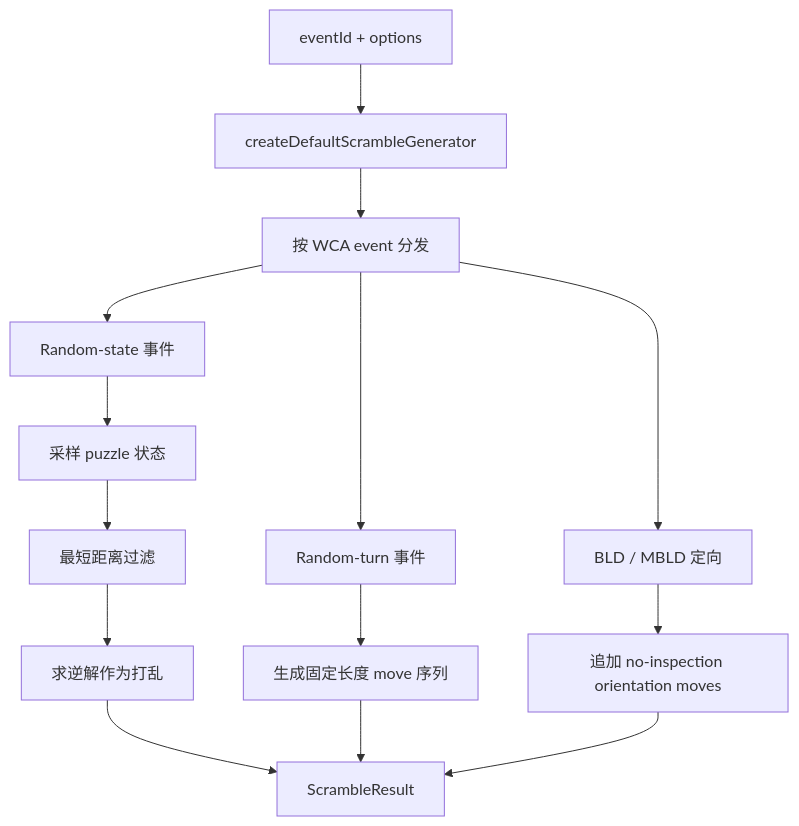
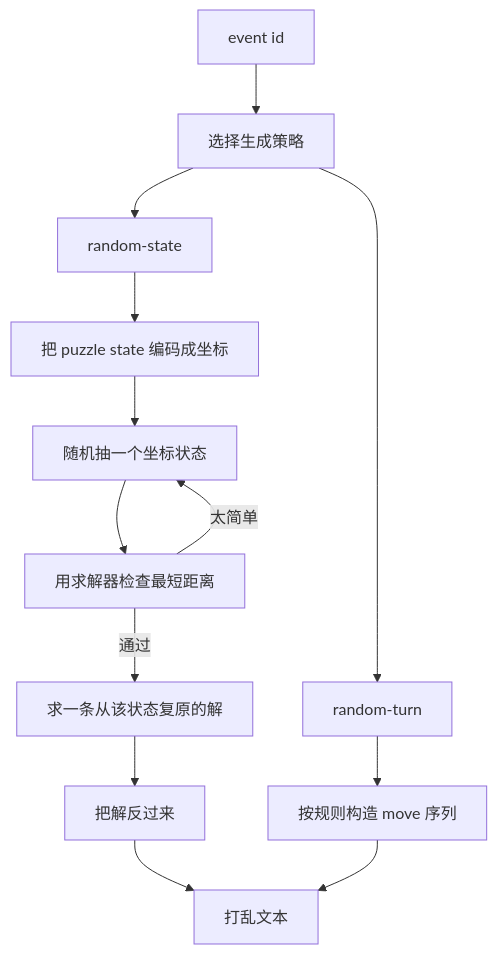
Before and after one commit to deweyou/cube-kit: the diagram in apps/scramble-docs/docs/zh/generation.md, drawn with Mermaid. The commit also changed other lines of this file and 27 other files, not shown here.

````diff
--- a/apps/scramble-docs/docs/zh/generation.md
+++ b/apps/scramble-docs/docs/zh/generation.md
@@ -3,16 +3,15 @@
 ```mermaid
 flowchart TD
-    UI["eventId + options"] --> Generator["createDefaultScrambleGenerator"]
-    Generator --> Dispatch["按 WCA event 分发"]
-    Dispatch --> RandomState["Random-state 事件"]
-    Dispatch --> RandomTurns["Random-turn 事件"]
-    Dispatch --> Blind["BLD / MBLD 定向"]
-    RandomState --> Sample["采样 puzzle 状态"]
-    Sample --> Filter["最短距离过滤"]
-    Filter --> Solve["求逆解作为打乱"]
-    RandomTurns --> TurnSeq["生成固定长度 move 序列"]
-    Blind --> Orientation["追加 no-inspection orientation moves"]
-    Solve --> Output["ScrambleResult"]
-    TurnSeq --> Output
-    Orientation --> Output
+    Event["event id"] --> Strategy["选择生成策略"]
+    Strategy --> RS["random-state"]
+    Strategy --> RT["random-turn"]
+    RS --> Encode["把 puzzle state 编码成坐标"]
+    Encode --> Sample["随机抽一个坐标状态"]
+    Sample --> Distance["用求解器检查最短距离"]
+    Distance -->|太简单| Sample
+    Distance -->|通过| Solve["求一条从该状态复原的解"]
+    Solve --> Invert["把解反过来"]
+    RT --> Sequence["按规则构造 move 序列"]
+    Invert --> Output["打乱文本"]
+    Sequence --> Output
 ```
````
